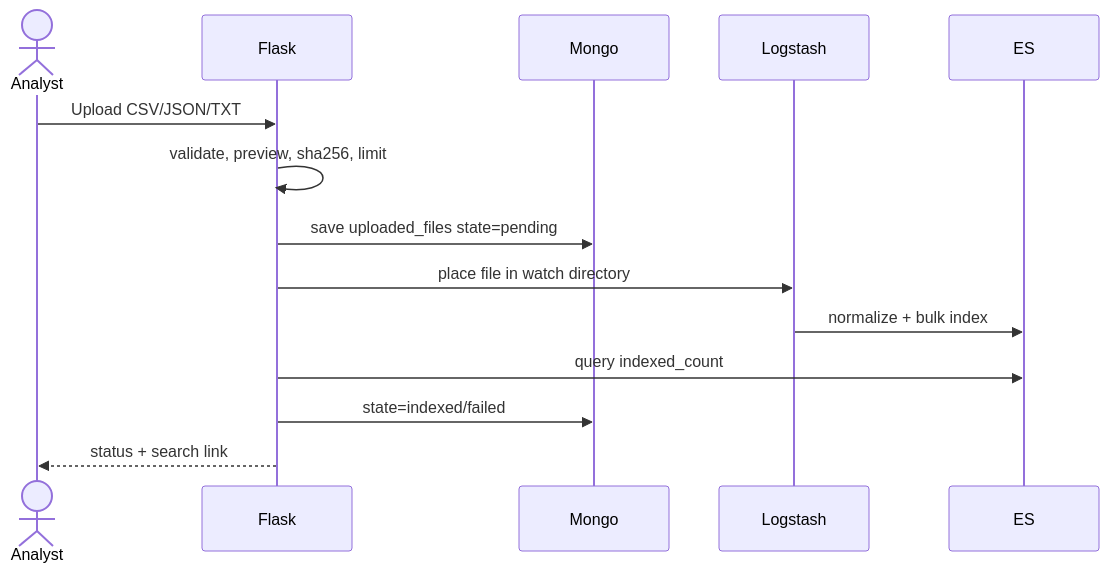
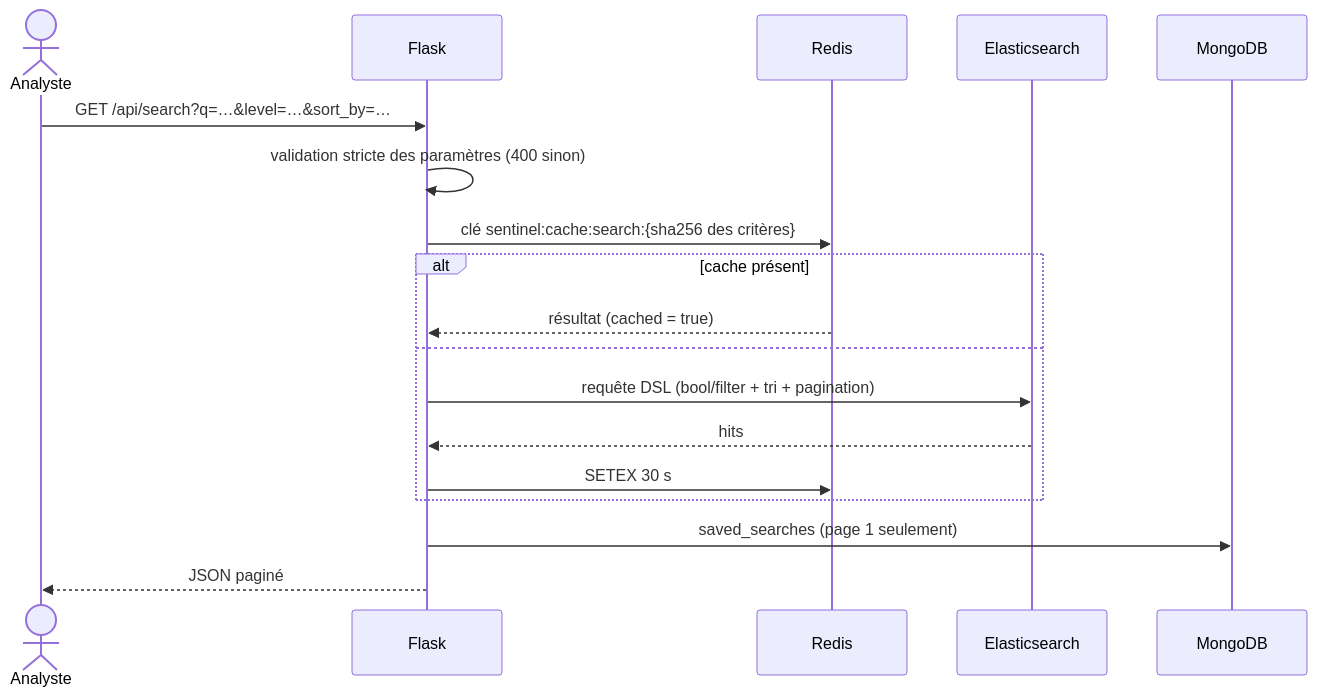
One commit to syrinemrf/CampusGuard changed the seventh of 8 diagrams in docs/ARCHITECTURE.md. Above: the diagram before and after it, drawn with Mermaid. The commit also changed other lines of this file and 24 other files, not shown here.

First line of the commit message:
docs(s3): functional analysis v1.0, technical architecture v1.0, S3 status

````diff
--- a/docs/ARCHITECTURE.md
+++ b/docs/ARCHITECTURE.md
@@ -110,16 +225,20 @@
 ```mermaid
 sequenceDiagram
-  actor Analyst
-  participant Web as Flask
-  participant Mongo
-  participant LS as Logstash
-  participant ES
-  Analyst->>Web: Upload CSV/JSON/TXT
-  Web->>Web: validate, preview, sha256, limit
-  Web->>Mongo: save uploaded_files state=pending
-  Web->>LS: place file in watch directory
-  LS->>ES: normalize + bulk index
-  Web->>ES: query indexed_count
-  Web->>Mongo: state=indexed/failed
-  Web-->>Analyst: status + search link
+  actor A as Analyste
+  participant W as Flask
+  participant R as Redis
+  participant E as Elasticsearch
+  participant M as MongoDB
+  A->>W: GET /api/search?q=…&level=…&sort_by=…
+  W->>W: validation stricte des paramètres (400 sinon)
+  W->>R: clé sentinel:cache:search:{sha256 des critères}
+  alt cache présent
+    R-->>W: résultat (cached = true)
+  else
+    W->>E: requête DSL (bool/filter + tri + pagination)
+    E-->>W: hits
+    W->>R: SETEX 30 s
+  end
+  W->>M: saved_searches (page 1 seulement)
+  W-->>A: JSON paginé
 ```
````
